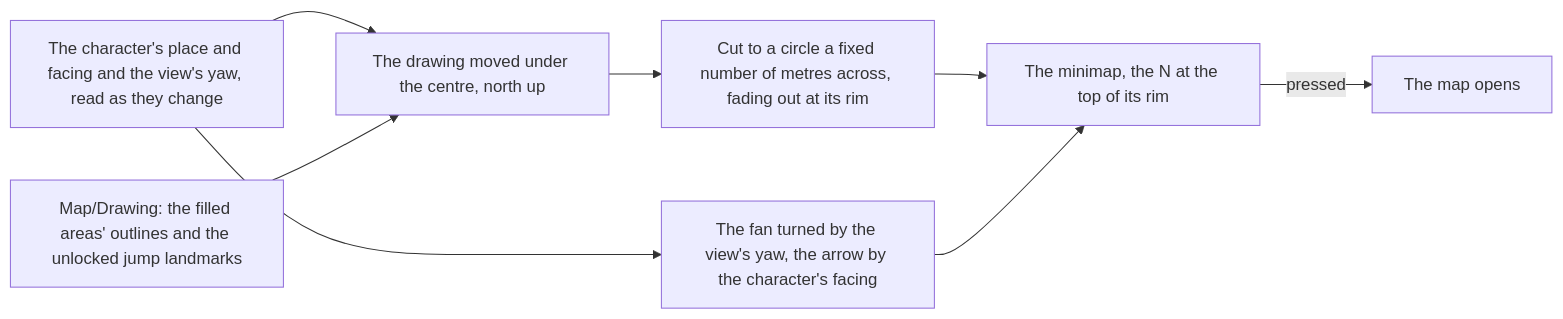
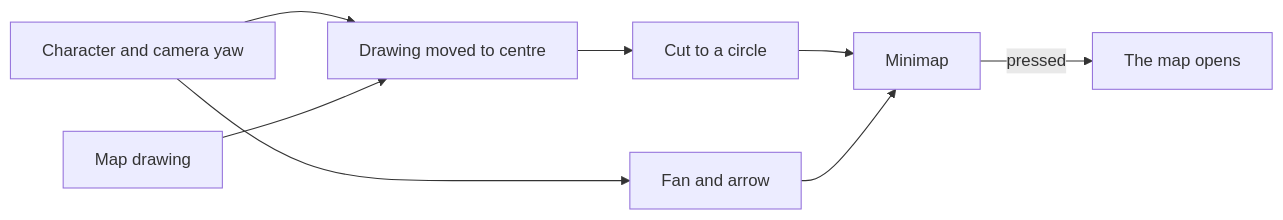
The diagram in openspec/specs/genshin/minimap/design.md (Esposter/Esposter), drawn with Mermaid before and after one commit. The commit also changed other lines of this file and 12 other files, not shown here.

````diff
--- a/openspec/specs/genshin/minimap/design.md
+++ b/openspec/specs/genshin/minimap/design.md
@@ -7,10 +7,10 @@
 ```mermaid
 flowchart LR
-  CAM["The character's place and facing and the view's yaw, read as they change"] --> MOVE["The drawing moved under the centre, north up"]
-  DRAW["Map/Drawing: the filled areas' outlines and the unlocked jump landmarks"] --> MOVE
-  MOVE --> CUT["Cut to a circle a fixed number of metres across, fading out at its rim"]
-  CAM --> MARKS["The fan turned by the view's yaw, the arrow by the character's facing"]
-  CUT --> MINI["The minimap, the N at the top of its rim"]
+  CAM[Character and camera yaw] --> MOVE[Drawing moved to centre]
+  DRAW[Map drawing] --> MOVE
+  MOVE --> CUT[Cut to a circle]
+  CAM --> MARKS[Fan and arrow]
+  CUT --> MINI[Minimap]
   MARKS --> MINI
   MINI -->|"pressed"| MAP["The map opens"]
 ```
````
